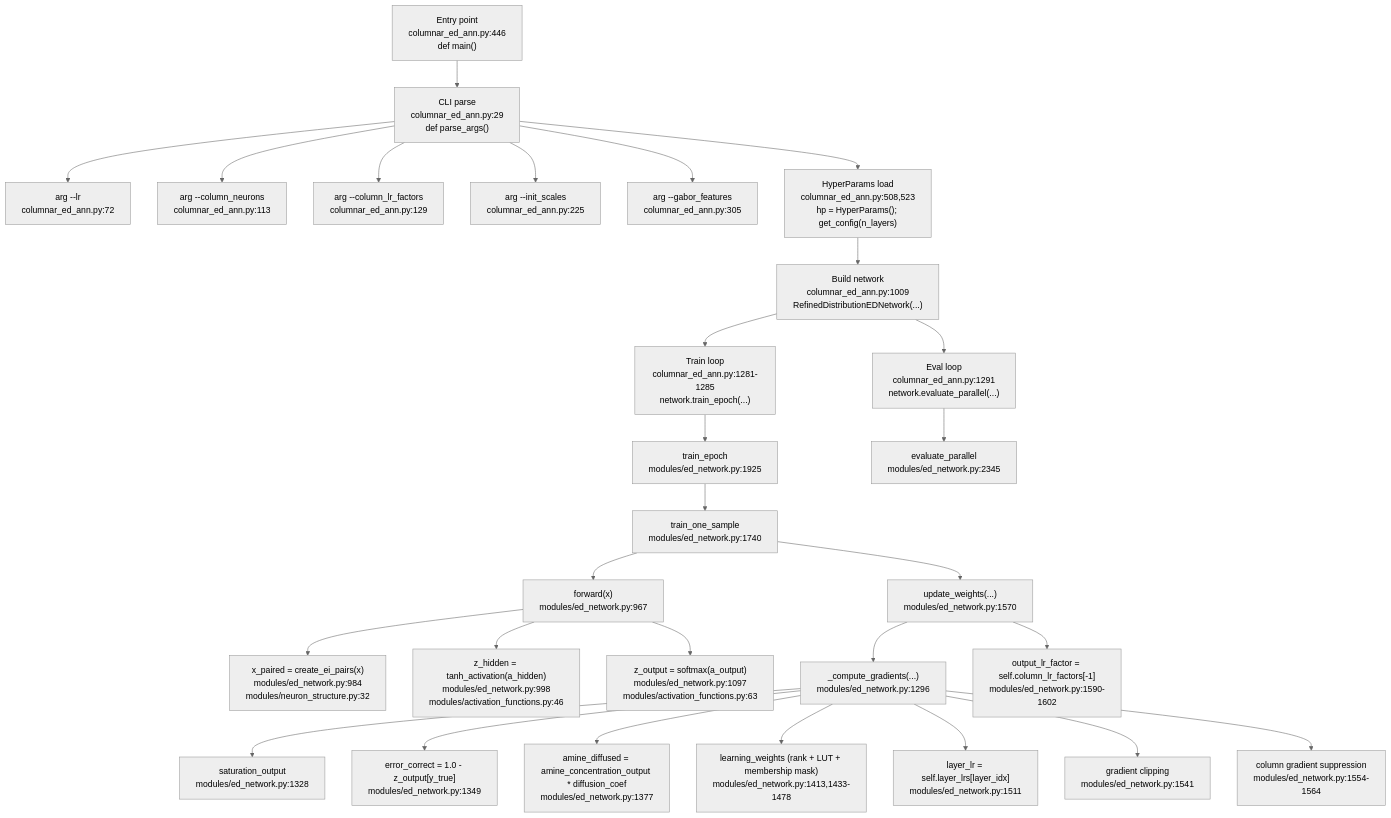
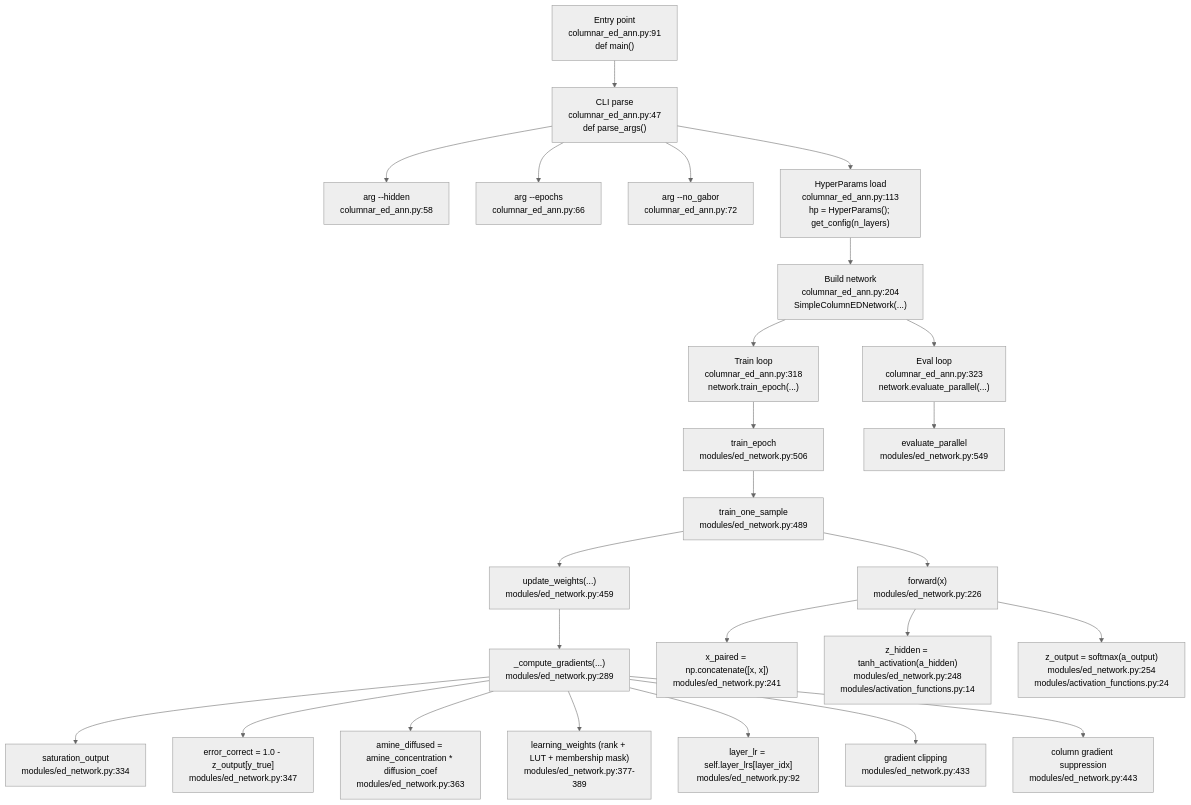
Before and after one commit to yoiwa0714/columnar_ed_ann: the first of 6 diagrams in docs/ja/ed_learning_mechanism_anchors.md, drawn with Mermaid (neutral theme). The commit also changed other lines of this file and 3 other files, not shown here.

````diff
--- a/docs/ja/ed_learning_mechanism_anchors.md
+++ b/docs/ja/ed_learning_mechanism_anchors.md
@@ -19,38 +19,34 @@
 ```mermaid
 flowchart TD
-    A["Entry point<br/>columnar_ed_ann.py:446<br/>def main()"] --> C["CLI parse<br/>columnar_ed_ann.py:29<br/>def parse_args()"]
+    A["Entry point<br/>columnar_ed_ann.py:91<br/>def main()"] --> C["CLI parse<br/>columnar_ed_ann.py:47<br/>def parse_args()"]
 
-    C --> C1["arg --lr<br/>columnar_ed_ann.py:72"]
-    C --> C2["arg --column_neurons<br/>columnar_ed_ann.py:113"]
-    C --> C3["arg --column_lr_factors<br/>columnar_ed_ann.py:129"]
-    C --> C4["arg --init_scales<br/>columnar_ed_ann.py:225"]
-    C --> C5["arg --gabor_features<br/>columnar_ed_ann.py:305"]
+    C --> C1["arg --hidden<br/>columnar_ed_ann.py:58"]
+    C --> C2["arg --epochs<br/>columnar_ed_ann.py:66"]
+    C --> C3["arg --no_gabor<br/>columnar_ed_ann.py:72"]
 
-    C --> D["HyperParams load<br/>columnar_ed_ann.py:508,523<br/>hp = HyperParams(); get_config(n_layers)"]
-    D --> E["Build network<br/>columnar_ed_ann.py:1009<br/>RefinedDistributionEDNetwork(...)"]
+    C --> D["HyperParams load<br/>columnar_ed_ann.py:113<br/>hp = HyperParams(); get_config(n_layers)"]
+    D --> E["Build network<br/>columnar_ed_ann.py:204<br/>SimpleColumnEDNetwork(...)"]
 
-    E --> F["Train loop<br/>columnar_ed_ann.py:1281-1285<br/>network.train_epoch(...)"]
-    E --> G["Eval loop<br/>columnar_ed_ann.py:1291<br/>network.evaluate_parallel(...)"]
+    E --> F["Train loop<br/>columnar_ed_ann.py:318<br/>network.train_epoch(...)"]
+    E --> G["Eval loop<br/>columnar_ed_ann.py:323<br/>network.evaluate_parallel(...)"]
 
-    F --> H["train_epoch<br/>modules/ed_network.py:1925"]
-    H --> I["train_one_sample<br/>modules/ed_network.py:1740"]
-    I --> J["forward(x)<br/>modules/ed_network.py:967"]
-    I --> K["update_weights(...)<br/>modules/ed_network.py:1570"]
-    K --> L["_compute_gradients(...)<br/>modules/ed_network.py:1296"]
+    F --> H["train_epoch<br/>modules/ed_network.py:506"]
+    H --> I["train_one_sample<br/>modules/ed_network.py:489"]
+    I --> J["forward(x)<br/>modules/ed_network.py:226"]
+    I --> K["update_weights(...)<br/>modules/ed_network.py:459"]
+    K --> L["_compute_gradients(...)<br/>modules/ed_network.py:289"]
 
-    J --> J1["x_paired = create_ei_pairs(x)<br/>modules/ed_network.py:984<br/>modules/neuron_structure.py:32"]
-    J --> J2["z_hidden = tanh_activation(a_hidden)<br/>modules/ed_network.py:998<br/>modules/activation_functions.py:46"]
-    J --> J3["z_output = softmax(a_output)<br/>modules/ed_network.py:1097<br/>modules/activation_functions.py:63"]
+    J --> J1["x_paired = np.concatenate([x, x])<br/>modules/ed_network.py:241"]
+    J --> J2["z_hidden = tanh_activation(a_hidden)<br/>modules/ed_network.py:248<br/>modules/activation_functions.py:14"]
+    J --> J3["z_output = softmax(a_output)<br/>modules/ed_network.py:254<br/>modules/activation_functions.py:24"]
 
-    L --> L1["saturation_output<br/>modules/ed_network.py:1328"]
-    L --> L2["error_correct = 1.0 - z_output[y_true]<br/>modules/ed_network.py:1349"]
-    L --> L3["amine_diffused = amine_concentration_output * diffusion_coef<br/>modules/ed_network.py:1377"]
-    L --> L4["learning_weights (rank + LUT + membership mask)<br/>modules/ed_network.py:1413,1433-1478"]
-    L --> L5["layer_lr = self.layer_lrs[layer_idx]<br/>modules/ed_network.py:1511"]
-    L --> L6["gradient clipping<br/>modules/ed_network.py:1541"]
-    L --> L7["column gradient suppression<br/>modules/ed_network.py:1554-1564"]
+    L --> L1["saturation_output<br/>modules/ed_network.py:334"]
+    L --> L2["error_correct = 1.0 - z_output[y_true]<br/>modules/ed_network.py:347"]
+    L --> L3["amine_diffused = amine_concentration * diffusion_coef<br/>modules/ed_network.py:363"]
+    L --> L4["learning_weights (rank + LUT + membership mask)<br/>modules/ed_network.py:377-389"]
+    L --> L5["layer_lr = self.layer_lrs[layer_idx]<br/>modules/ed_network.py:92"]
+    L --> L6["gradient clipping<br/>modules/ed_network.py:433"]
+    L --> L7["column gradient suppression<br/>modules/ed_network.py:443"]
 
-    K --> K1["output_lr_factor = self.column_lr_factors[-1]<br/>modules/ed_network.py:1590-1602"]
-
-    G --> G1["evaluate_parallel<br/>modules/ed_network.py:2345"]
+    G --> G1["evaluate_parallel<br/>modules/ed_network.py:549"]
 ```
````
